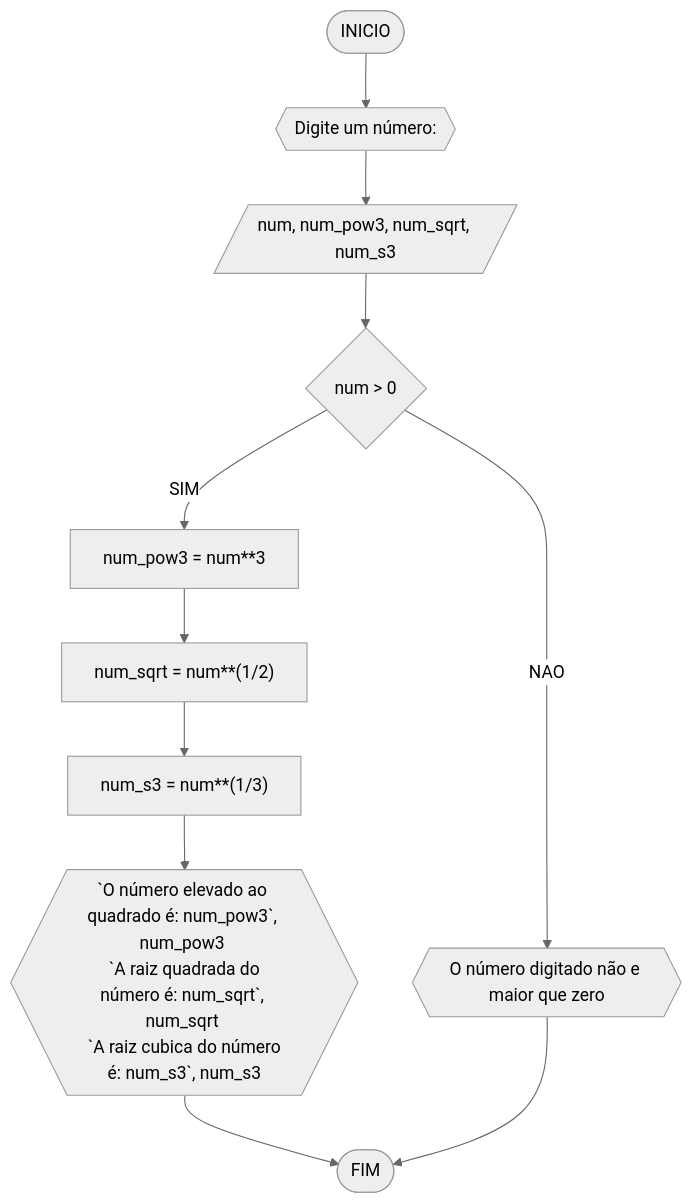
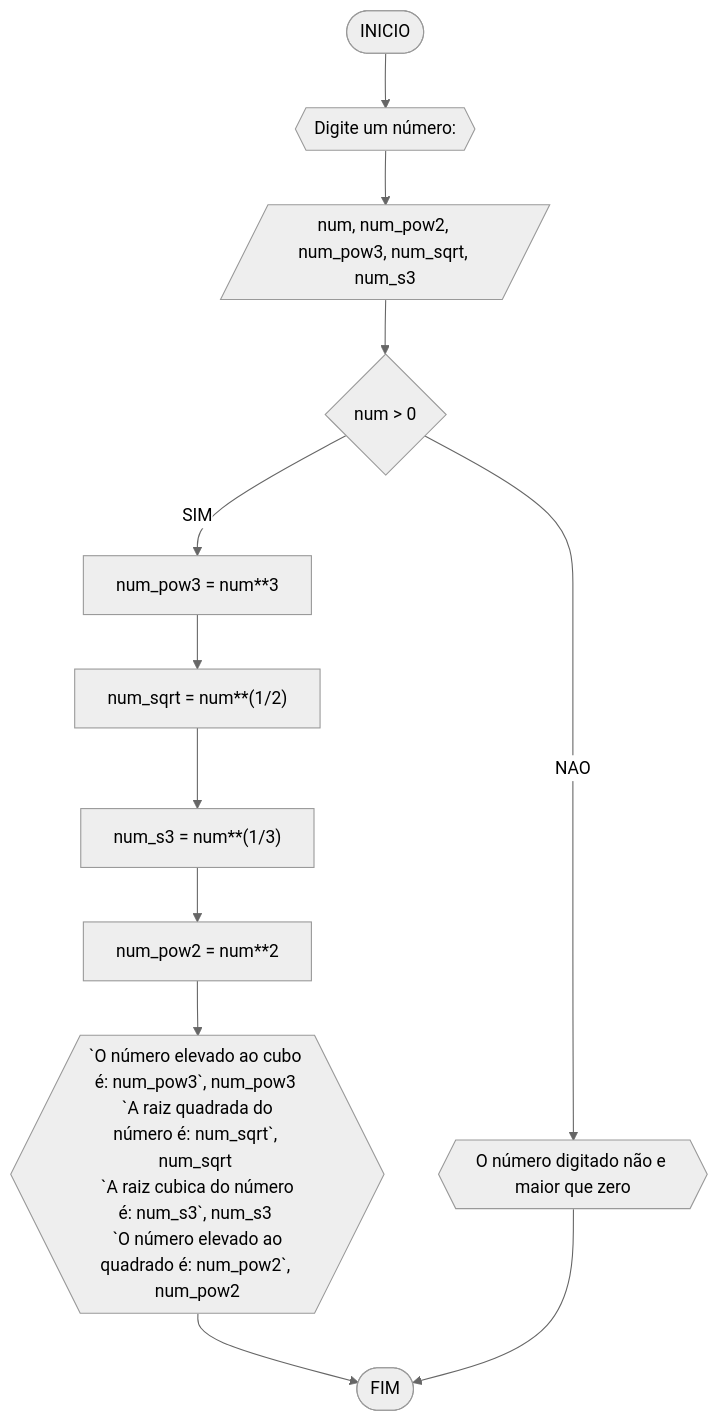
Diagram 11 of 11 in RLA/lista2_exercicios.md (AlissonFT2/unifor), drawn with Mermaid (neutral theme) before and after one commit. The commit also changed other lines of this file, not shown here.

````diff
--- a/RLA/lista2_exercicios.md
+++ b/RLA/lista2_exercicios.md
@@ -359,12 +359,13 @@
 ```mermaid
 flowchart TD
 A([INICIO]) --> B{{Digite um número: }}
-B --> C[/num, num_pow3, num_sqrt, num_s3/]
+B --> C[/num, num_pow2, num_pow3, num_sqrt, num_s3/]
 C --> D{num > 0}
 D --NAO--> E{{O número digitado não e maior que zero}}
 D --SIM--> F[num_pow3 = num**3]
 F --> G["num_sqrt = num**(1/2)"]
 G --> H["num_s3 = num**(1/3)"]
-H --> L{{`O número elevado ao quadrado é: num_pow3`, num_pow3 <br> `A raiz quadrada do número é: num_sqrt`, num_sqrt <br> `A raiz cubica do número é: num_s3`, num_s3}}
+H --> I[num_pow2 = num**2]
+I --> L{{`O número elevado ao cubo é: num_pow3`, num_pow3 <br> `A raiz quadrada do número é: num_sqrt`, num_sqrt <br> `A raiz cubica do número é: num_s3`, num_s3 <br> `O número elevado ao quadrado é: num_pow2`, num_pow2}}
 L & E --> M([FIM])
 ```
````
